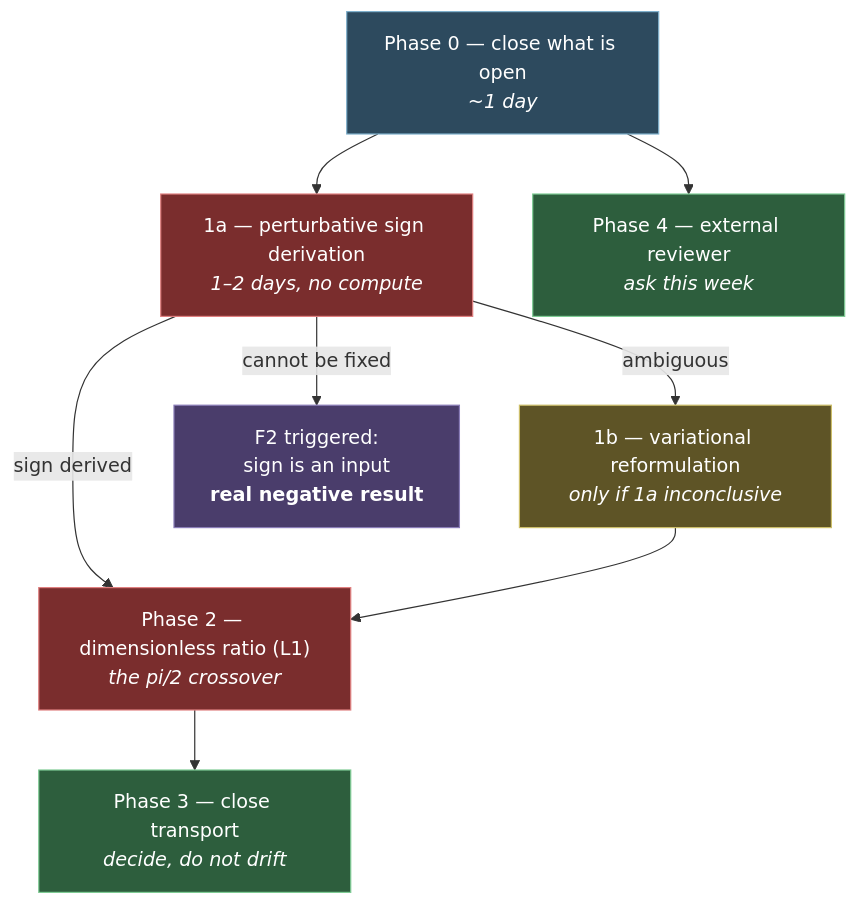
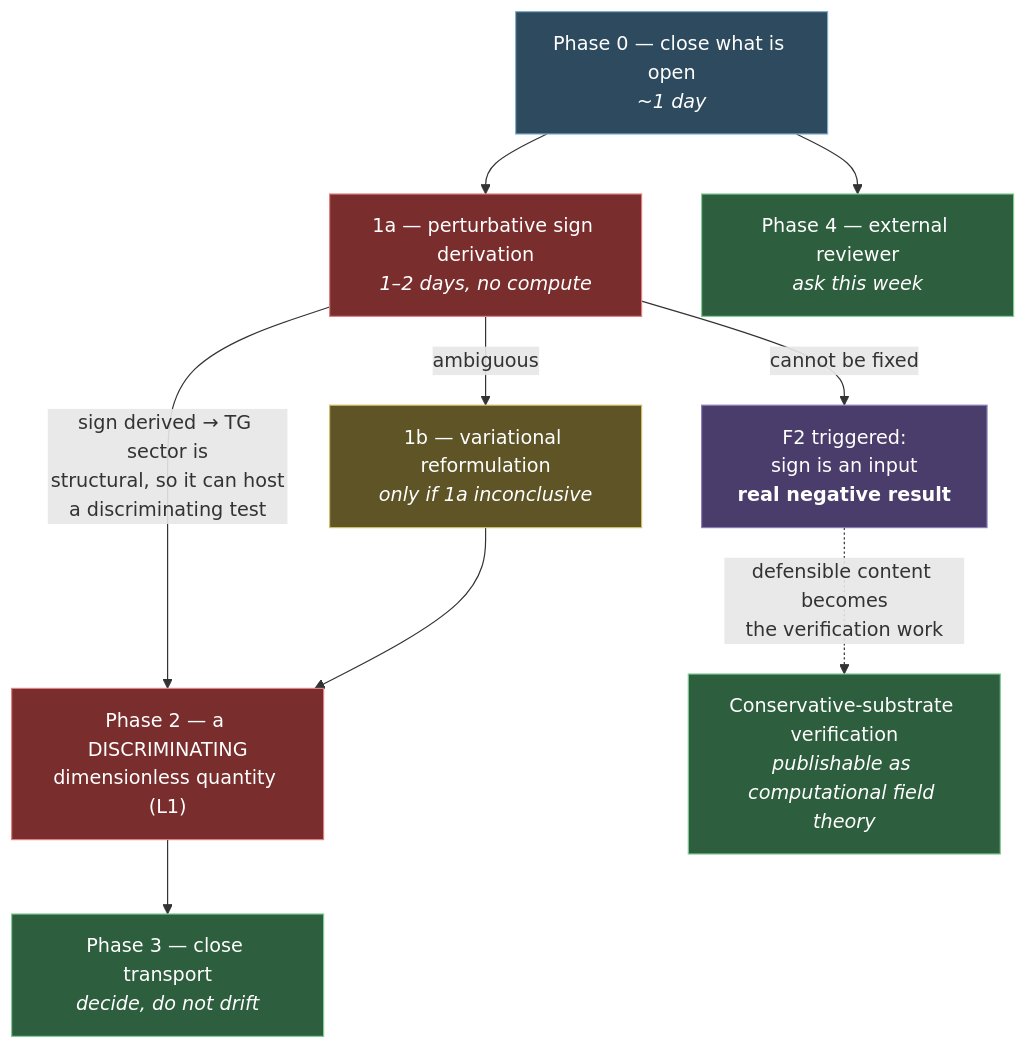
The diagram in docs/ACTION_PLAN_2026-08.md (Jake36999/quantule_mapper), drawn with Mermaid before and after one commit. The commit also changed other lines of this file and 218 other files, not shown here.

````diff
--- a/docs/ACTION_PLAN_2026-08.md
+++ b/docs/ACTION_PLAN_2026-08.md
@@ -165,24 +191,25 @@
 ```mermaid
 flowchart TD
     P0["Phase 0 — close what is open<br/><i>~1 day</i>"]:::now
     P1A["1a — perturbative sign derivation<br/><i>1–2 days, no compute</i>"]:::crit
     P1B["1b — variational reformulation<br/><i>only if 1a inconclusive</i>"]:::opt
-    P2["Phase 2 — dimensionless ratio (L1)<br/><i>the pi/2 crossover</i>"]:::crit
+    P2["Phase 2 — a DISCRIMINATING<br/>dimensionless quantity (L1)"]:::crit
     P3["Phase 3 — close transport<br/><i>decide, do not drift</i>"]:::soon
     P4["Phase 4 — external reviewer<br/><i>ask this week</i>"]:::soon
     F2["F2 triggered:<br/>sign is an input<br/><b>real negative result</b>"]:::fail
 
     P0 --> P1A
-    P1A -->|sign derived| P2
+    P1A -->|"sign derived → TG sector is<br/>structural, so it can host<br/>a discriminating test"| P2
     P1A -->|ambiguous| P1B
     P1A -->|cannot be fixed| F2
     P1B --> P2
+    F2 -.->|"defensible content becomes<br/>the verification work"| VER["Conservative-substrate verification<br/><i>publishable as computational field theory</i>"]:::soon
     P2 --> P3
     P0 --> P4
 
     classDef now  fill:#2d4a5e,stroke:#7fb0cc,color:#fff
     classDef crit fill:#7a2d2d,stroke:#e08080,color:#fff
     classDef opt  fill:#5e5426,stroke:#ccbe6a,color:#fff
     classDef soon fill:#2d5e3d,stroke:#7fcc95,color:#fff
     classDef fail fill:#4a3d6b,stroke:#8a7db8,color:#fff
 ```
````
